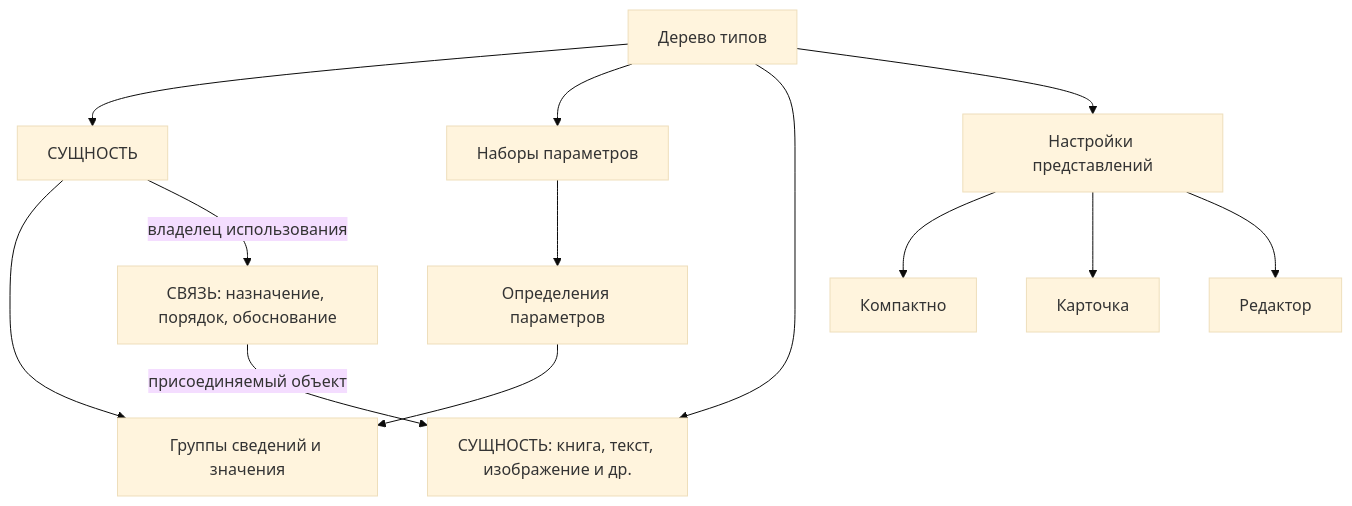
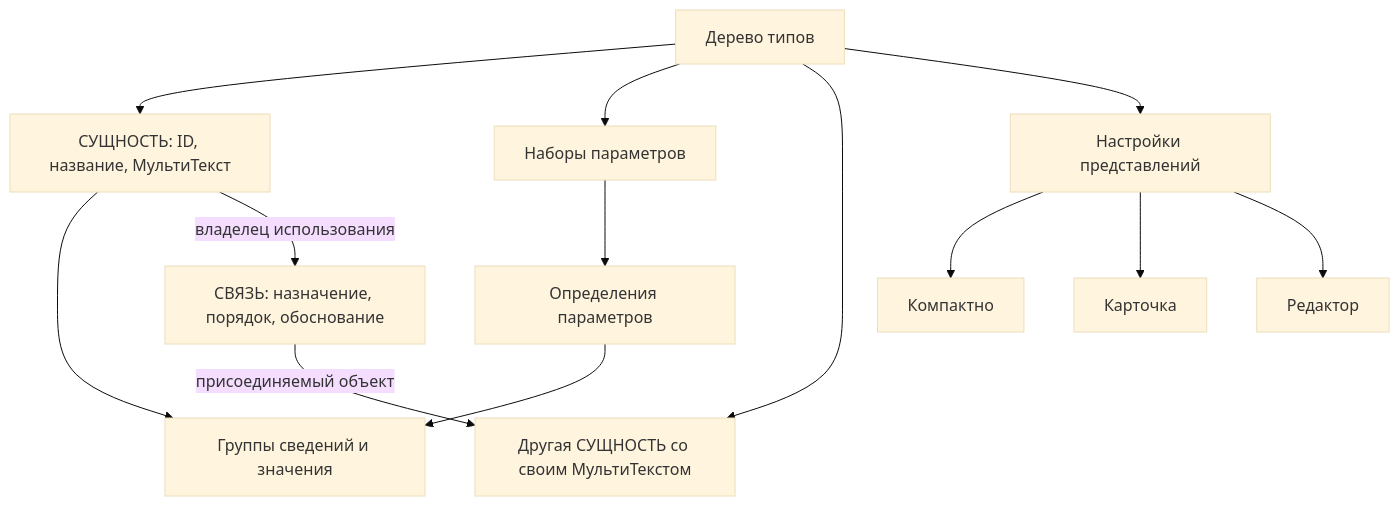
The first of 2 diagrams in WIKI/Схема данных — источники и отображения.md (softom/2vhutemas2), drawn with Mermaid (base theme) before and after one commit. The commit also changed other lines of this file and 2 other files, not shown here.

````diff
--- a/WIKI/Схема данных — источники и отображения.md
+++ b/WIKI/Схема данных — источники и отображения.md
@@ -9,15 +9,15 @@
 ```mermaid
 flowchart TD
-    T[Дерево типов] --> E[СУЩНОСТЬ]
+    T[Дерево типов] --> E[СУЩНОСТЬ: ID, название, МультиТекст]
     T --> N[Наборы параметров]
     N --> P[Определения параметров]
     E --> V[Группы сведений и значения]
     P --> V
     E -->|владелец использования| L[СВЯЗЬ: назначение, порядок, обоснование]
-    L -->|присоединяемый объект| E2[СУЩНОСТЬ: книга, текст, изображение и др.]
+    L -->|присоединяемый объект| E2[Другая СУЩНОСТЬ со своим МультиТекстом]
     T --> E2
     T --> R[Настройки представлений]
     R --> C[Компактно]
     R --> K[Карточка]
     R --> ED[Редактор]
 ```
````
